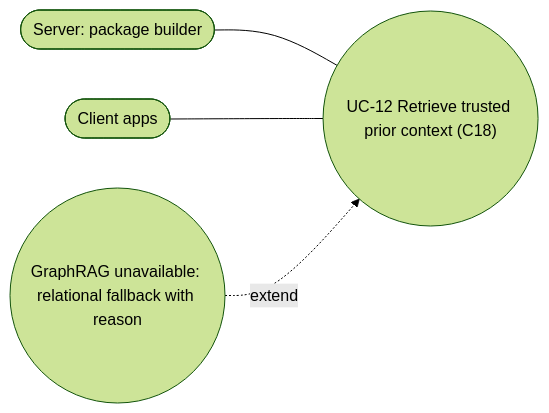
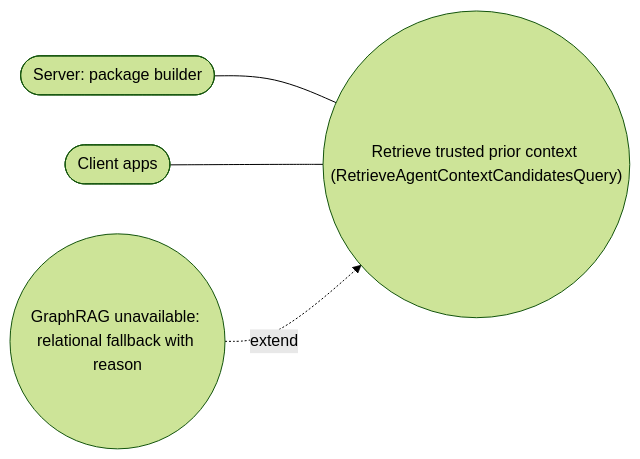
One commit to sharpninja/McpServer changed diagram 52 of 59 in docs/Stateless-Agent-Context-Management.md. Above: the diagram before and after it, drawn with Mermaid (forest theme). The commit also changed other lines of this file, not shown here.

First line of the commit message:
docs: update stateless agent context for the PowerShell-only plugin core

````diff
--- a/docs/Stateless-Agent-Context-Management.md
+++ b/docs/Stateless-Agent-Context-Management.md
@@ -1466,6 +1690,6 @@
 ```mermaid
 flowchart LR
-    SV(["Server: package builder"]) --- U(("UC-12 Retrieve trusted prior context (C18)"))
+    SV(["Server: package builder"]) --- U(("Retrieve trusted prior context (RetrieveAgentContextCandidatesQuery)"))
     CA(["Client apps"]) --- U
     E1(("GraphRAG unavailable: relational fallback with reason")) -. extend .-> U
 ```
````
